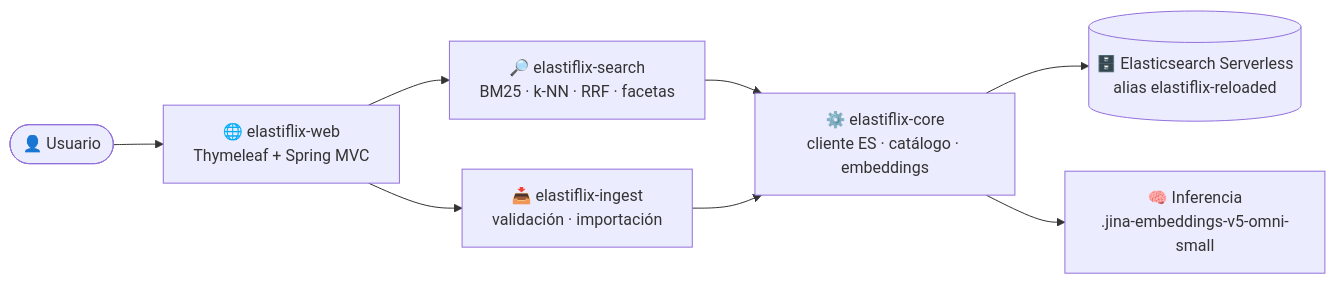
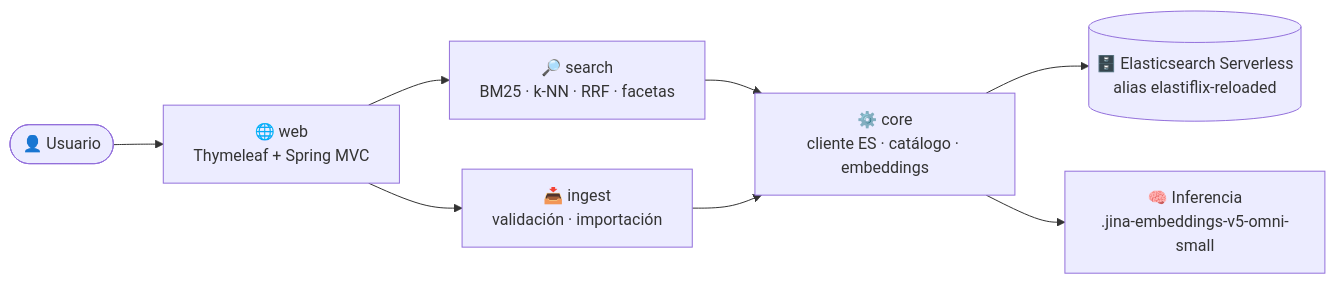
The second of 2 diagrams in README.md (bigfito/elastiflix-reloaded), drawn with Mermaid before and after one commit. The commit also changed other lines of this file and 11 other files, not shown here.

````diff
--- a/README.md
+++ b/README.md
@@ -196,10 +197,10 @@
 ```mermaid
 flowchart LR
-  user(["👤 Usuario"]) --> web["🌐 elastiflix-web<br/>Thymeleaf + Spring MVC"]
-  web --> search["🔎 elastiflix-search<br/>BM25 · k-NN · RRF · facetas"]
-  web --> ingest["📥 elastiflix-ingest<br/>validación · importación"]
-  search --> core["⚙️ elastiflix-core<br/>cliente ES · catálogo · embeddings"]
+  user(["👤 Usuario"]) --> web["🌐 web<br/>Thymeleaf + Spring MVC"]
+  web --> search["🔎 search<br/>BM25 · k-NN · RRF · facetas"]
+  web --> ingest["📥 ingest<br/>validación · importación"]
+  search --> core["⚙️ core<br/>cliente ES · catálogo · embeddings"]
   ingest --> core
   core --> es[("🗄️ Elasticsearch Serverless<br/>alias elastiflix-reloaded")]
   core --> inf["🧠 Inferencia<br/>.jina-embeddings-v5-omni-small"]
 ```
````
